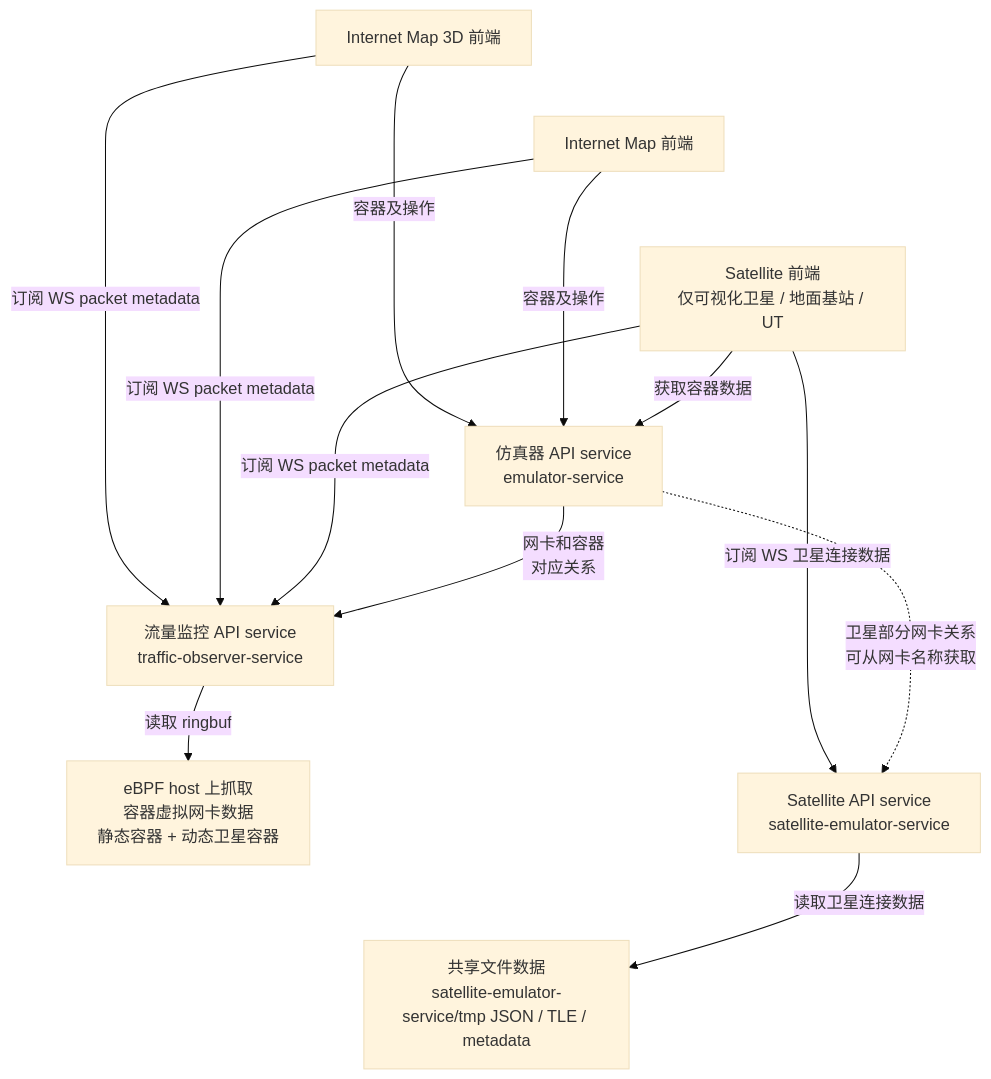
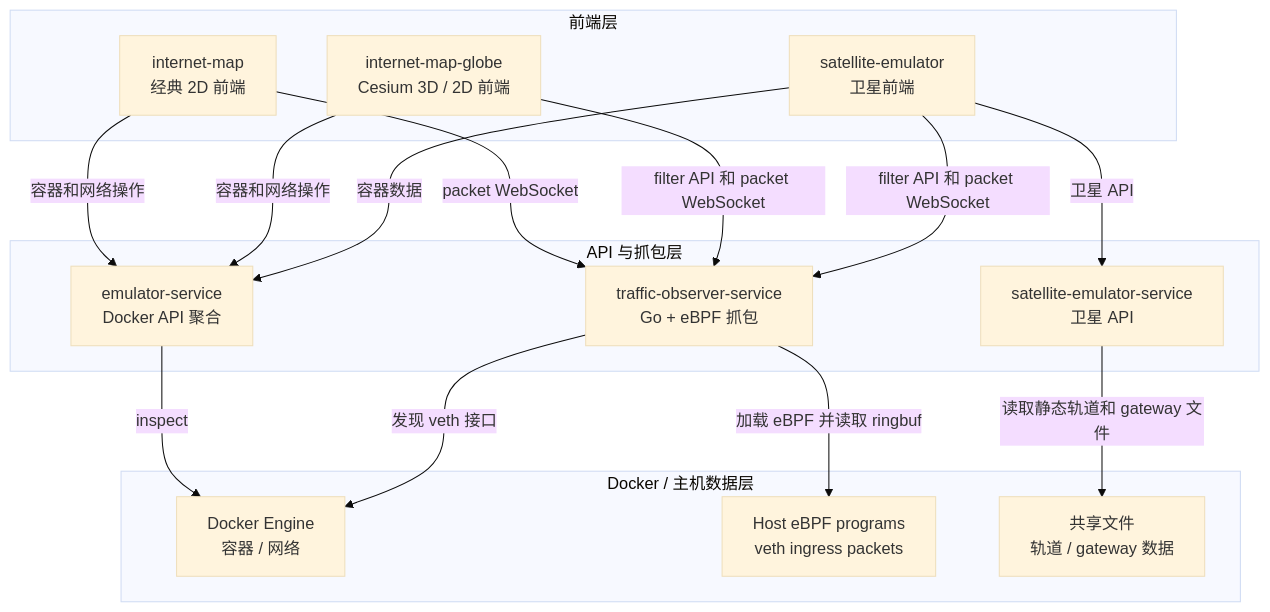
Before and after one commit to cy-gitlab/seed-visualization: the diagram in docs/seed-visualization.md, drawn with Mermaid (base theme). The commit also changed other lines of this file and 168 other files, not shown here.

Commit message:
fix: internet-map-3d -> internet-map-globe

````diff
--- a/docs/seed-visualization.md
+++ b/docs/seed-visualization.md
@@ -26,32 +19,34 @@
 ```mermaid
-%%{init: {"flowchart": {"useMaxWidth": true, "htmlLabels": true}} }%%
 flowchart TB
-  IM3D["Internet Map 3D 前端"]
-  IM["Internet Map 前端"]
-  SAT["Satellite 前端<br/>仅可视化卫星 / 地面基站 / UT"]
+  subgraph FrontendLayer["前端层"]
+    IM["internet-map<br/>经典 2D 前端"]
+    IMG["internet-map-globe<br/>Cesium 3D / 2D 前端"]
+    SAT["satellite-emulator<br/>卫星前端"]
+  end
 
-  EMU["仿真器 API service<br/>emulator-service"]
-  TRAFFIC["流量监控 API service<br/>traffic-observer-service"]
-  SATAPI["Satellite API service<br/>satellite-emulator-service"]
+  subgraph ApiLayer["API 与抓包层"]
+    EMU["emulator-service<br/>Docker API 聚合"]
+    TRAFFIC["traffic-observer-service<br/>Go + eBPF 抓包"]
+    SATAPI["satellite-emulator-service<br/>卫星 API"]
+  end
 
-  EBPF["eBPF host 上抓取<br/>容器虚拟网卡数据<br/>静态容器 + 动态卫星容器"]
-  SHARED["共享文件数据<br/>satellite-emulator-service/tmp JSON / TLE / metadata"]
+  subgraph DataLayer["Docker / 主机数据层"]
+    DOCKER["Docker Engine<br/>容器 / 网络"]
+    EBPF["Host eBPF programs<br/>veth ingress packets"]
+    FILES["共享文件<br/>轨道 / gateway 数据"]
+  end
 
-  IM3D ~~~ IM ~~~ SAT
-  EMU ~~~ TRAFFIC ~~~ SATAPI
-  EBPF ~~~ SHARED
+  IM -->|"容器和网络操作"| EMU
+  IMG -->|"容器和网络操作"| EMU
+  SAT -->|"容器数据"| EMU
 
-  IM3D -->|"容器及操作"| EMU
-  IM -->|"容器及操作"| EMU
-  SAT -->|"获取容器数据"| EMU
-  IM3D -->|"订阅 WS packet metadata"| TRAFFIC
-  IM -->|"订阅 WS packet metadata"| TRAFFIC
-  SAT -->|"订阅 WS packet metadata"| TRAFFIC
-  SAT -->|"订阅 WS 卫星连接数据"| SATAPI
+  IM -->|"packet WebSocket"| TRAFFIC
+  IMG -->|"filter API 和 packet WebSocket"| TRAFFIC
+  SAT -->|"filter API 和 packet WebSocket"| TRAFFIC
+  SAT -->|"卫星 API"| SATAPI
 
-  EMU -->|"网卡和容器<br/>对应关系"| TRAFFIC
-  EMU -.->|"卫星部分网卡关系<br/>可从网卡名称获取"| SATAPI
-
-  TRAFFIC -->|"读取 ringbuf"| EBPF
-  SATAPI -->|"读取卫星连接数据"| SHARED
+  EMU -->|"inspect"| DOCKER
+  TRAFFIC -->|"发现 veth 接口"| DOCKER
+  TRAFFIC -->|"加载 eBPF 并读取 ringbuf"| EBPF
+  SATAPI -->|"读取静态轨道和 gateway 文件"| FILES
 ```
````
